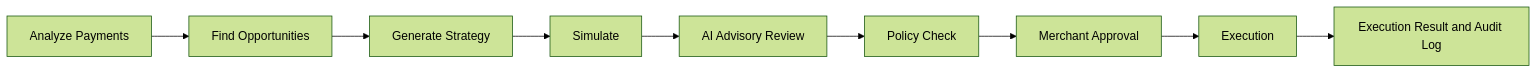
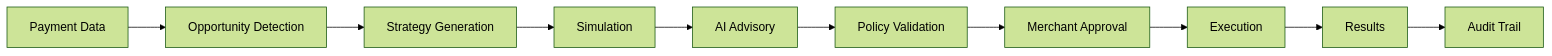
The first of 2 diagrams in README.md (alizaid91/paylab), drawn with Mermaid (forest theme) before and after one commit. The commit also changed other lines of this file, not shown here.

````diff
--- a/README.md
+++ b/README.md
@@ -32,11 +49,12 @@
 ```mermaid
 flowchart LR
-    A[Analyze Payments] --> B[Find Opportunities]
-    B --> C[Generate Strategy]
-    C --> D[Simulate]
-    D --> E[AI Advisory Review]
-    E --> F[Policy Check]
+    A[Payment Data] --> B[Opportunity Detection]
+    B --> C[Strategy Generation]
+    C --> D[Simulation]
+    D --> E[AI Advisory]
+    E --> F[Policy Validation]
     F --> G[Merchant Approval]
     G --> H[Execution]
-    H --> I[Execution Result and Audit Log]
+    H --> I[Results]
+    I --> J[Audit Trail]
 ```
````
